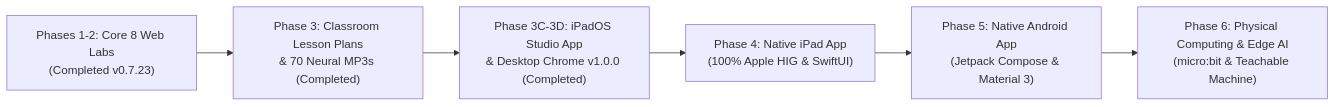
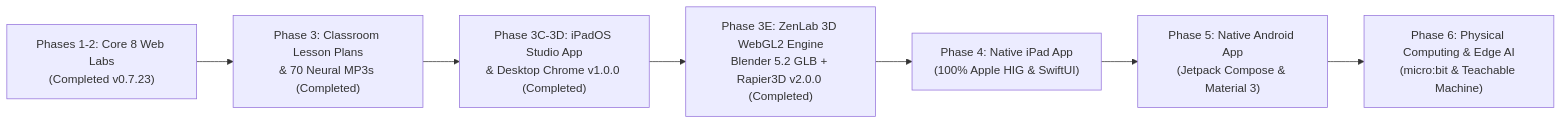
The diagram in ROADMAP.md (omerninyo/zenlab), drawn with Mermaid before and after one commit. The commit also changed other lines of this file and 20 other files, not shown here.

````diff
--- a/ROADMAP.md
+++ b/ROADMAP.md
@@ -13,8 +13,9 @@
 ```mermaid
 flowchart LR
     P1["Phases 1-2: Core 8 Web Labs\n(Completed v0.7.23)"] --> P3["Phase 3: Classroom Lesson Plans\n& 70 Neural MP3s (Completed)"]
     P3 --> P3C["Phase 3C-3D: iPadOS Studio App\n& Desktop Chrome v1.0.0 (Completed)"]
-    P3C --> P4["Phase 4: Native iPad App\n(100% Apple HIG & SwiftUI)"]
+    P3C --> P3E["Phase 3E: ZenLab 3D WebGL2 Engine\nBlender 5.2 GLB + Rapier3D v2.0.0 (Completed)"]
+    P3E --> P4["Phase 4: Native iPad App\n(100% Apple HIG & SwiftUI)"]
     P4 --> P5["Phase 5: Native Android App\n(Jetpack Compose & Material 3)"]
     P5 --> P6["Phase 6: Physical Computing & Edge AI\n(micro:bit & Teachable Machine)"]
 ```
````
